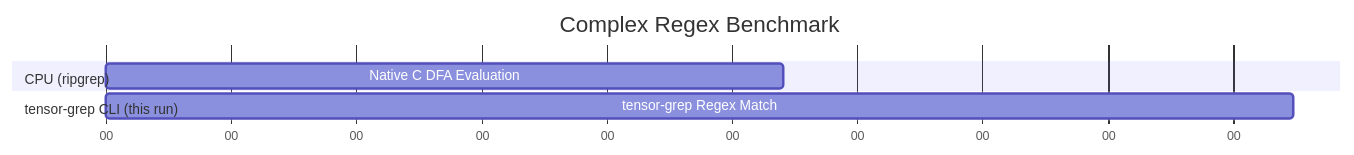
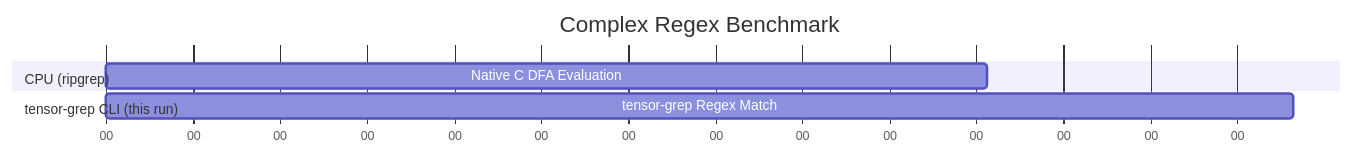
Before and after one commit to oimiragieo/tensor-grep: the second of 3 diagrams in docs/PAPER.md, drawn with Mermaid. The commit also changed other lines of this file and 10 other files, not shown here.

````diff
--- a/docs/PAPER.md
+++ b/docs/PAPER.md
@@ -102,12 +102,12 @@
 ```mermaid
 gantt
     title Complex Regex Benchmark
     dateFormat  s
     axisFormat %S
     
     section CPU (ripgrep)
-    Native C DFA Evaluation :a1, 0, 0.541s
+    Native C DFA Evaluation :a1, 0, 0.506s
     
     section tensor-grep CLI (this run)
-    tensor-grep Regex Match :a2, 0, 0.948s
+    tensor-grep Regex Match :a2, 0, 0.682s
 ```
````
